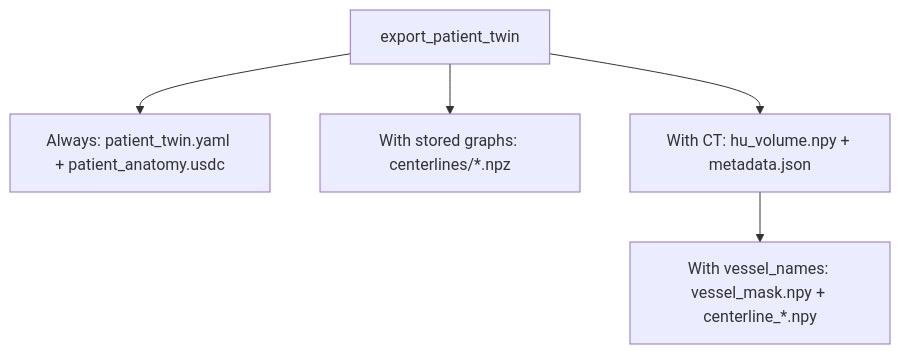
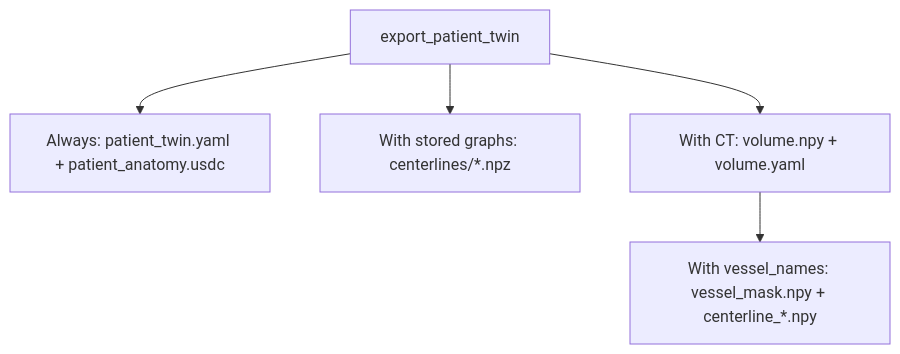
The second of 2 diagrams in patient-digital-twin/README.md (isaac-for-healthcare/i4h-digital-twin), drawn with Mermaid before and after one commit. The commit also changed other lines of this file and 27 other files, not shown here.

````diff
--- a/patient-digital-twin/README.md
+++ b/patient-digital-twin/README.md
@@ -106,7 +96,7 @@
 ```mermaid
 flowchart TD
     E["export_patient_twin"] --> A["Always: patient_twin.yaml + patient_anatomy.usdc"]
     E --> G["With stored graphs: centerlines/*.npz"]
-    E --> T["With CT: hu_volume.npy + metadata.json"]
+    E --> T["With CT: volume.npy + volume.yaml"]
     T --> V["With vessel_names: vessel_mask.npy + centerline_*.npy"]
 ```
````
